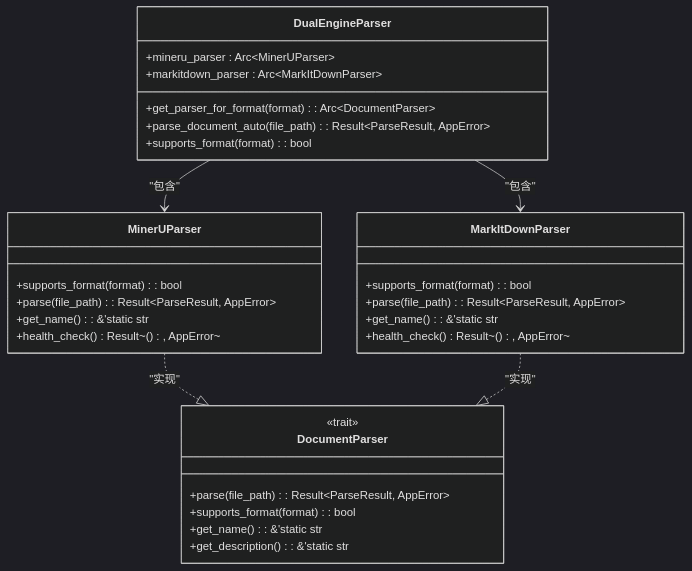
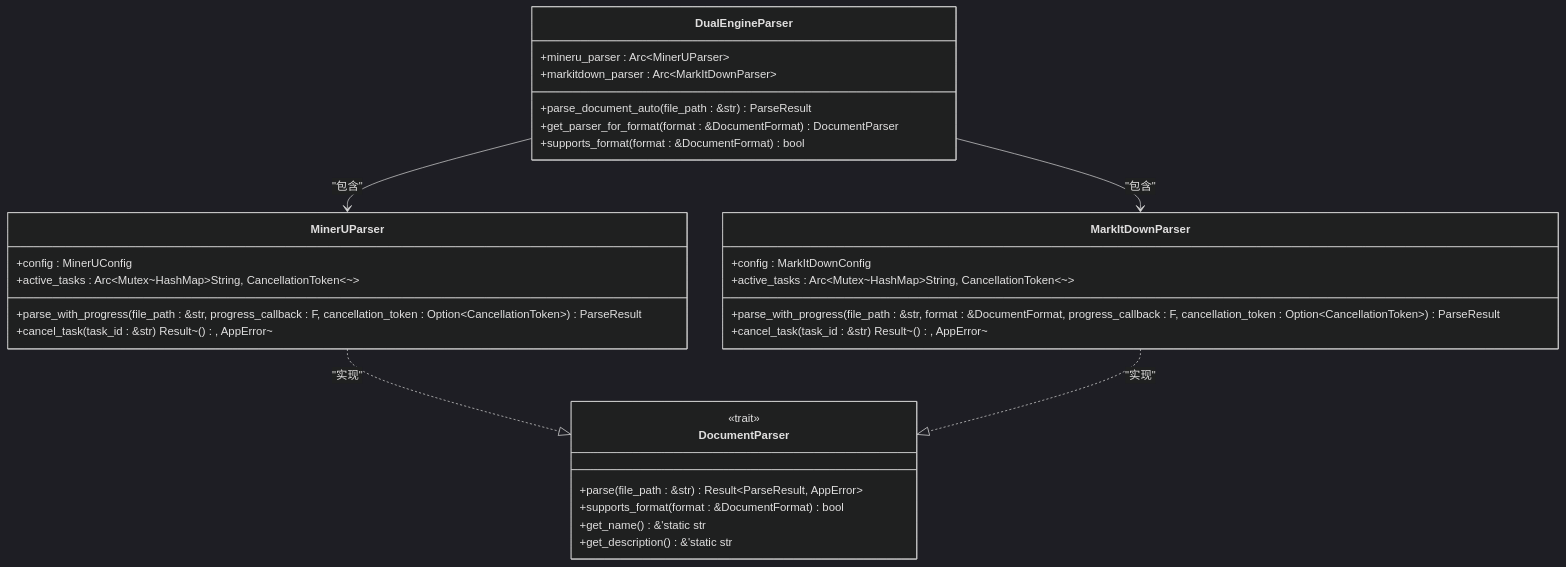
One commit to nuwax-ai/mcp-proxy changed the third of 6 diagrams in .qoder/repowiki/zh/content/文档解析服务/文档解析服务.md. Above: the diagram before and after it, drawn with Mermaid (dark theme). The commit also changed other lines of this file and 147 other files, not shown here.

````diff
--- a/.qoder/repowiki/zh/content/文档解析服务/文档解析服务.md
+++ b/.qoder/repowiki/zh/content/文档解析服务/文档解析服务.md
@@ -43,33 +133,33 @@
 ```mermaid
 classDiagram
 class DualEngineParser {
 +mineru_parser : Arc~MinerUParser~
 +markitdown_parser : Arc~MarkItDownParser~
-+get_parser_for_format(format) : Arc~DocumentParser~
-+parse_document_auto(file_path) : Result~ParseResult, AppError~
-+supports_format(format) : bool
++parse_document_auto(file_path : &str) ParseResult
++get_parser_for_format(format : &DocumentFormat) DocumentParser
++supports_format(format : &DocumentFormat) bool
 }
 class MinerUParser {
-+supports_format(format) : bool
-+parse(file_path) : Result~ParseResult, AppError~
-+get_name() : &'static str
-+health_check() : Result~(), AppError~
++config : MinerUConfig
++active_tasks : Arc~Mutex~HashMap~String, CancellationToken~~~
++parse_with_progress(file_path : &str, progress_callback : F, cancellation_token : Option~CancellationToken~) ParseResult
++cancel_task(task_id : &str) Result~(), AppError~
 }
 class MarkItDownParser {
-+supports_format(format) : bool
-+parse(file_path) : Result~ParseResult, AppError~
-+get_name() : &'static str
-+health_check() : Result~(), AppError~
++config : MarkItDownConfig
++active_tasks : Arc~Mutex~HashMap~String, CancellationToken~~~
++parse_with_progress(file_path : &str, format : &DocumentFormat, progress_callback : F, cancellation_token : Option~CancellationToken~) ParseResult
++cancel_task(task_id : &str) Result~(), AppError~
 }
 class DocumentParser {
 <<trait>>
-+parse(file_path) : Result~ParseResult, AppError~
-+supports_format(format) : bool
-+get_name() : &'static str
-+get_description() : &'static str
++parse(file_path : &str) Result~ParseResult, AppError~
++supports_format(format : &DocumentFormat) bool
++get_name() &'static str
++get_description() &'static str
 }
 DualEngineParser --> MinerUParser : "包含"
 DualEngineParser --> MarkItDownParser : "包含"
 MinerUParser ..|> DocumentParser : "实现"
 MarkItDownParser ..|> DocumentParser : "实现"
 ```
````
